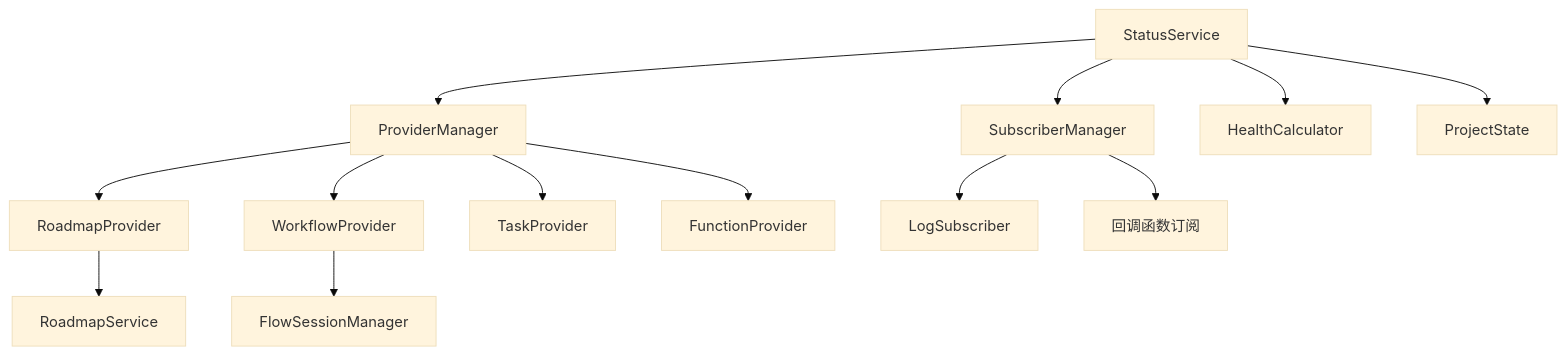
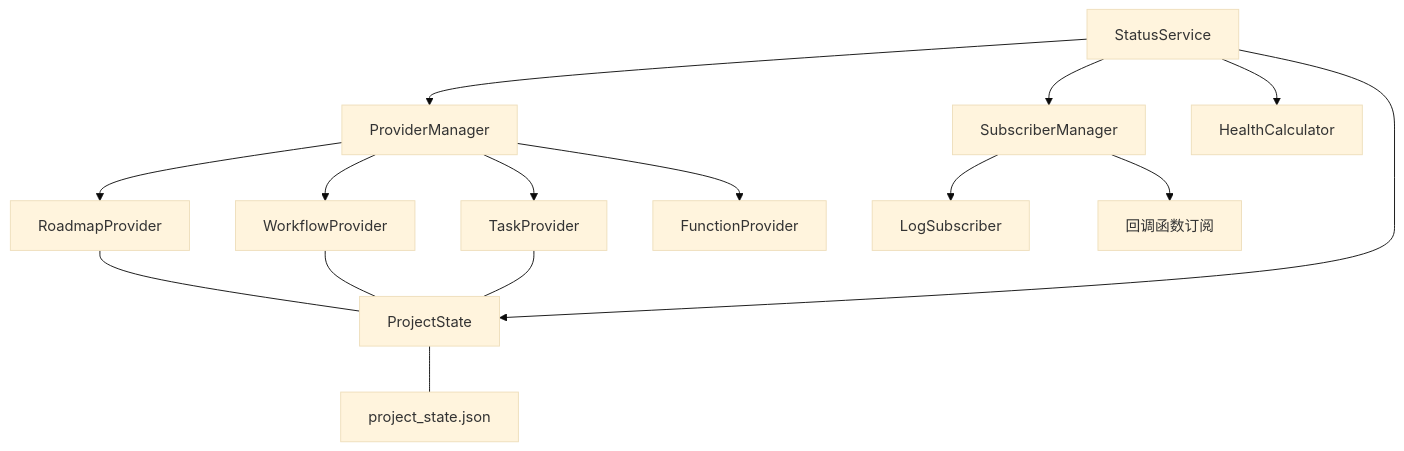
The diagram in src/status/README.md (jacobcy/VibeCopilot), drawn with Mermaid (base theme) before and after one commit. The commit also changed other lines of this file and 204 other files, not shown here.

````diff
--- a/src/status/README.md
+++ b/src/status/README.md
@@ -32,15 +32,17 @@
 ```mermaid
 graph TD
     SS[StatusService] --> PM[ProviderManager]
     SS --> SM[SubscriberManager]
     SS --> HC[HealthCalculator]
     SS --> PS[ProjectState]
     PM --> RP[RoadmapProvider]
     PM --> WP[WorkflowProvider]
     PM --> TP[TaskProvider]
     PM --> FP[FunctionProvider]
     SM --> LS[LogSubscriber]
     SM --> CB[回调函数订阅]
-    RP --> RS[RoadmapService]
-    WP --> FS[FlowSessionManager]
+    RP --- PS
+    WP --- PS
+    TP --- PS
+    PS --- current_state[project_state.json]
 ```
````
